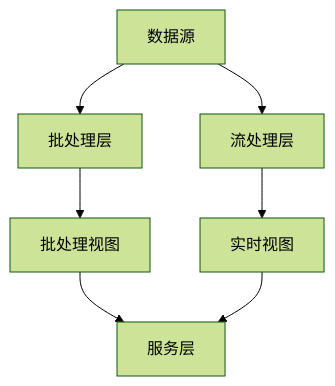
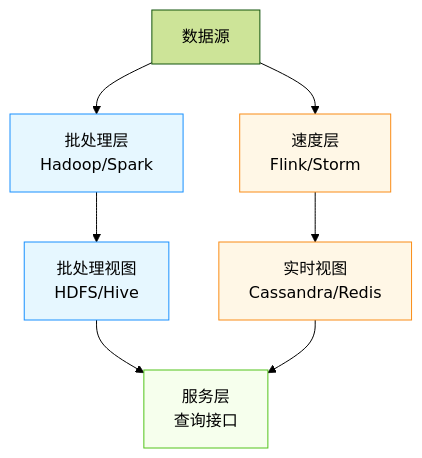
One commit to ralph-wren/TechStack-Handbook changed diagram 32 of 38 in 25.数据仓库.md. Above: the diagram before and after it, drawn with Mermaid (forest theme). The commit also changed other lines of this file and 1 other file, not shown here.

````diff
--- a/25.数据仓库.md
+++ b/25.数据仓库.md
@@ -3435,9 +6305,15 @@
 ```mermaid
 graph TB
-    A[数据源] --> B[批处理层]
-    A --> C[流处理层]
-    B --> D[批处理视图]
-    C --> E[实时视图]
-    D --> F[服务层]
+    A[数据源] --> B[批处理层<br>Hadoop/Spark]
+    A --> C[速度层<br>Flink/Storm]
+    B --> D[批处理视图<br>HDFS/Hive]
+    C --> E[实时视图<br>Cassandra/Redis]
+    D --> F[服务层<br>查询接口]
     E --> F
+    
+    style B fill:#e6f7ff,stroke:#1890ff
+    style C fill:#fff7e6,stroke:#fa8c16
+    style D fill:#e6f7ff,stroke:#1890ff
+    style E fill:#fff7e6,stroke:#fa8c16
+    style F fill:#f6ffed,stroke:#52c41a
 ```
````
